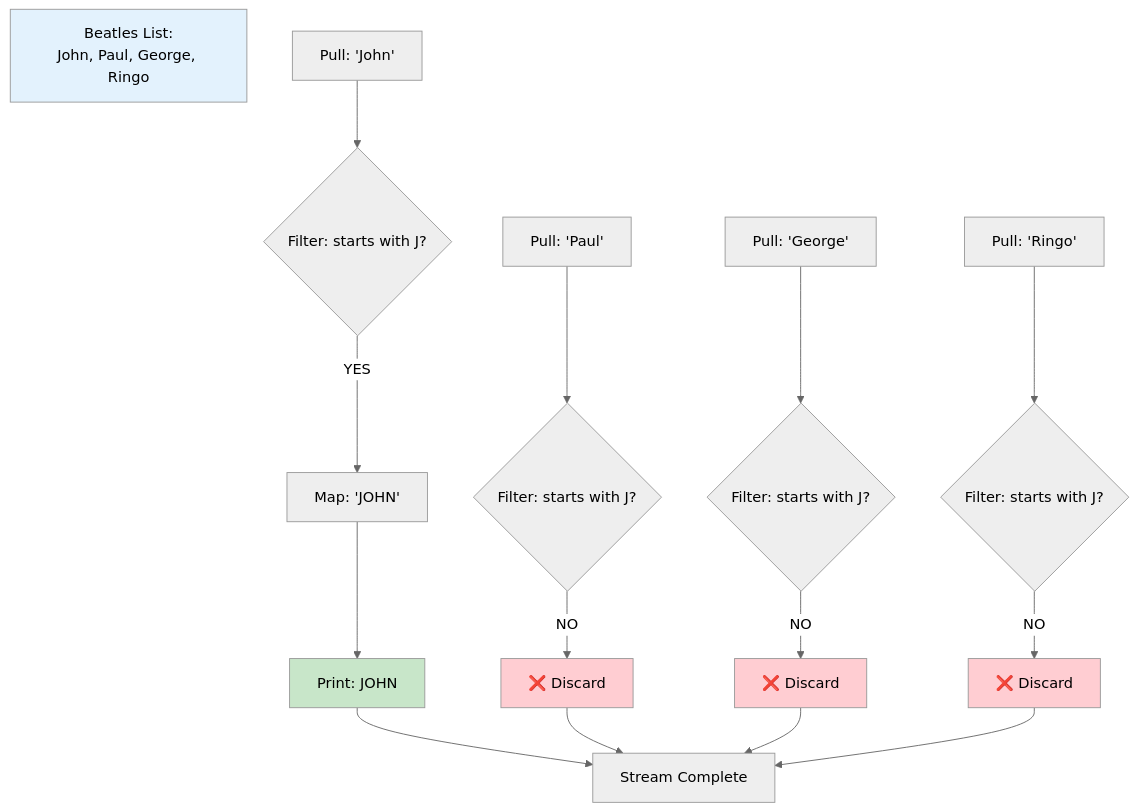
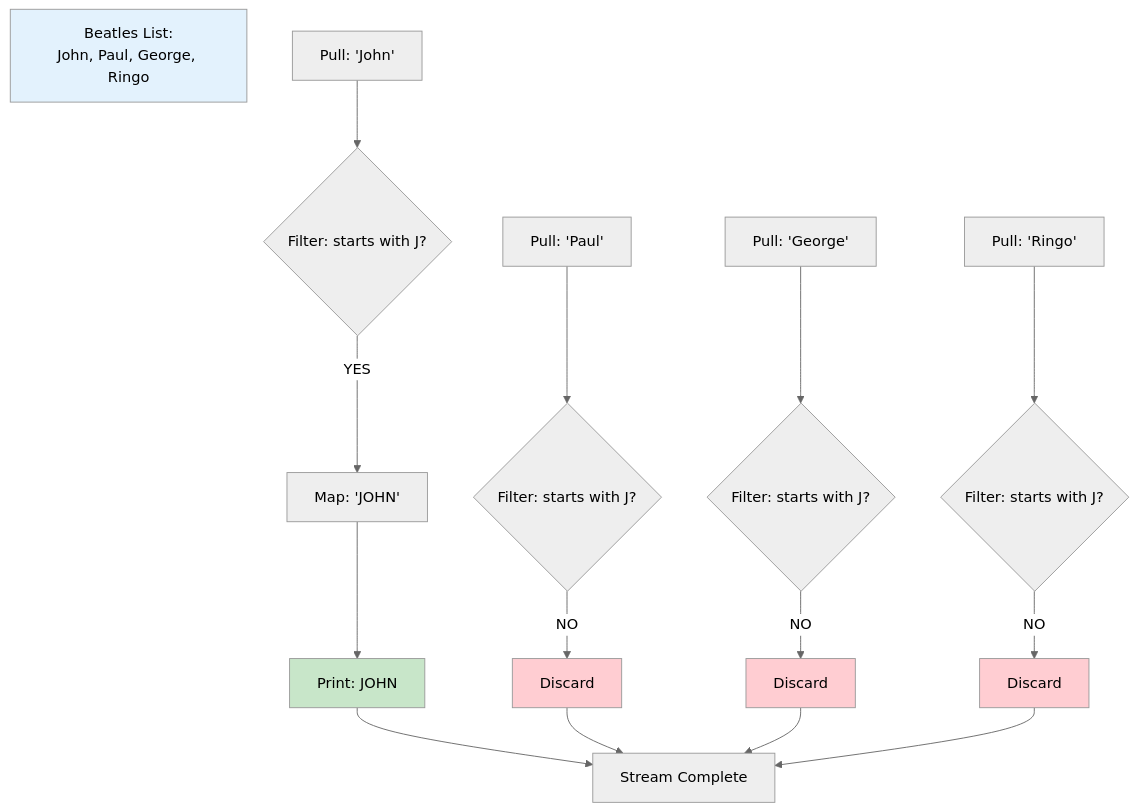
Before and after one commit to stravos97/java-documentation-notes: the diagram in 04-streams/04-example-problem.md, drawn with Mermaid (neutral theme). The commit also changed 21 other files, not shown here.

````diff
--- a/04-streams/04-example-problem.md
+++ b/04-streams/04-example-problem.md
@@ -180,28 +180,28 @@
 ```mermaid
 flowchart TD
     Start[Beatles List:\nJohn, Paul, George, Ringo]
     
     J1[Pull: 'John'] --> F1{Filter: starts with J?}
     F1 -->|YES| M1[Map: 'JOHN']
     M1 --> P1[Print: JOHN]
     
     J2[Pull: 'Paul'] --> F2{Filter: starts with J?}
-    F2 -->|NO| X2[❌ Discard]
+    F2 -->|NO| X2[Discard]
     
     J3[Pull: 'George'] --> F3{Filter: starts with J?}
-    F3 -->|NO| X3[❌ Discard]
+    F3 -->|NO| X3[Discard]
     
     J4[Pull: 'Ringo'] --> F4{Filter: starts with J?}
-    F4 -->|NO| X4[❌ Discard]
+    F4 -->|NO| X4[Discard]
     
     P1 --> End[Stream Complete]
     X2 --> End
     X3 --> End
     X4 --> End
     
     style Start fill:#e3f2fd
     style P1 fill:#c8e6c9
     style X2 fill:#ffcdd2
     style X3 fill:#ffcdd2
     style X4 fill:#ffcdd2
 ```
````
